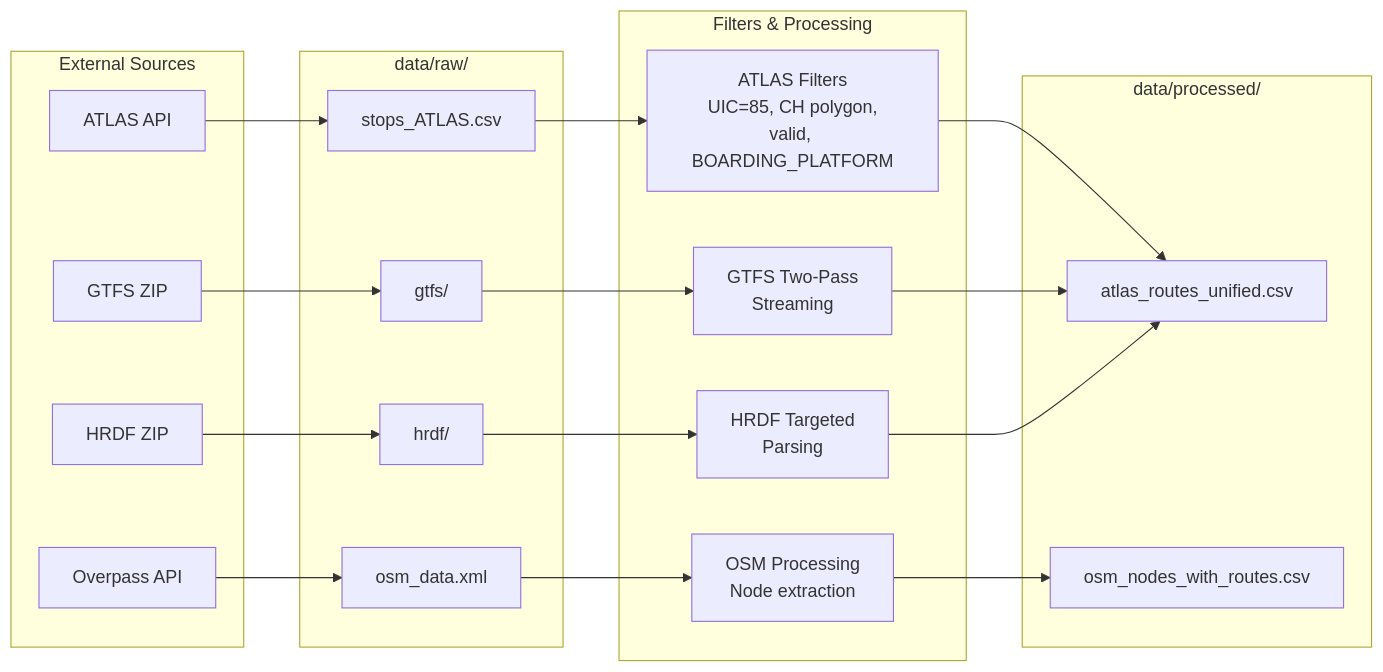
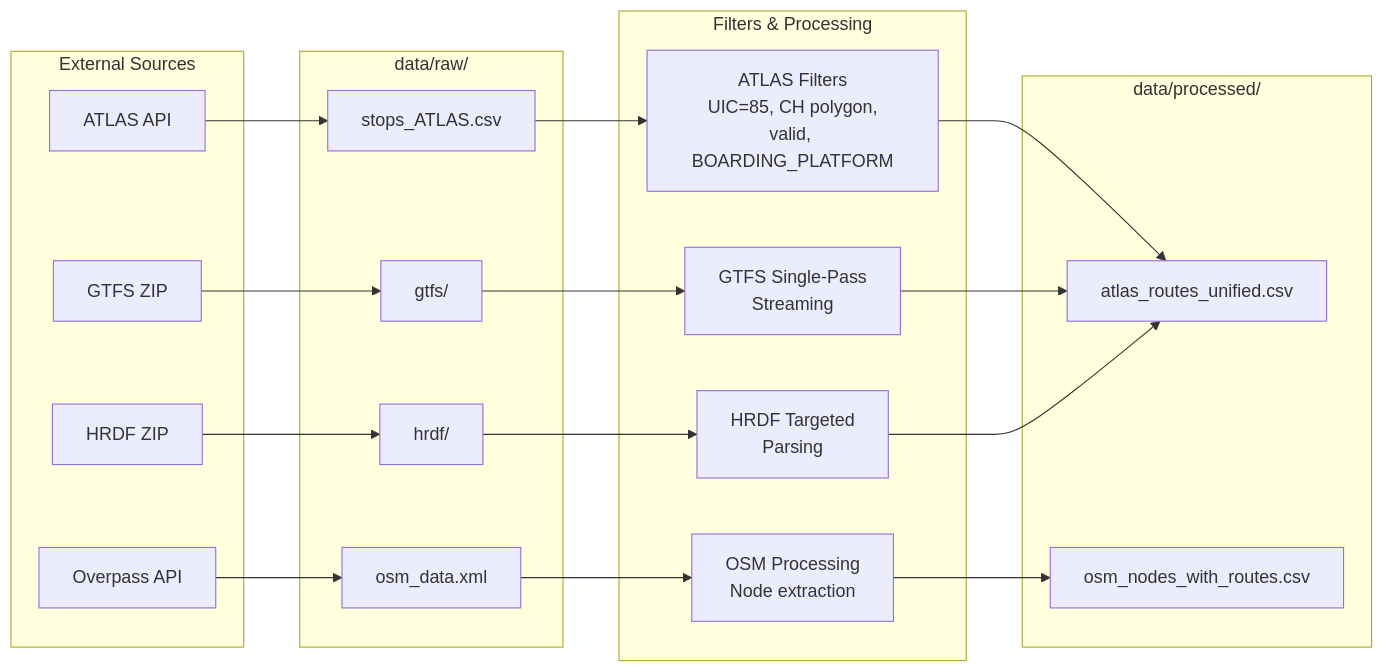
Before and after one commit to openTdataCH/stop_sync_osm_atlas: the diagram in documentation/1. Download and process data.md, drawn with Mermaid. The commit also changed 6 other files, not shown here.

````diff
--- a/documentation/1. Download and process data.md
+++ b/documentation/1. Download and process data.md
@@ -7,38 +7,38 @@
 ```mermaid
 flowchart LR
     subgraph External["External Sources"]
         AT["ATLAS API"]
         GT["GTFS ZIP"]
         HR["HRDF ZIP"]
         OV["Overpass API"]
     end
     
     subgraph Raw["data/raw/"]
         RA["stops_ATLAS.csv"]
         RG["gtfs/"]
         RH["hrdf/"]
         RO["osm_data.xml"]
     end
     
     subgraph Processing["Filters & Processing"]
         FA["ATLAS Filters<br/>UIC=85, CH polygon,<br/>valid, BOARDING_PLATFORM"]
-        FG["GTFS Two-Pass<br/>Streaming"]
+        FG["GTFS Single-Pass<br/>Streaming"]
         FH["HRDF Targeted<br/>Parsing"]
         FO["OSM Processing<br/>Node extraction"]
     end
     
     subgraph Processed["data/processed/"]
         PA["atlas_routes_unified.csv"]
         PO["osm_nodes_with_routes.csv"]
     end
     
     AT --> RA --> FA
     GT --> RG --> FG
     HR --> RH --> FH
     OV --> RO --> FO
     
     FA --> PA
     FG --> PA
     FH --> PA
     FO --> PO
 ```
````
